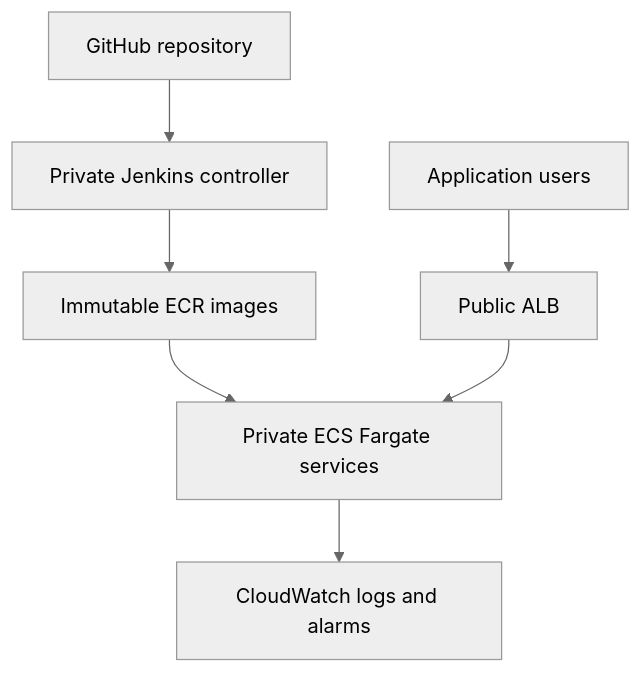
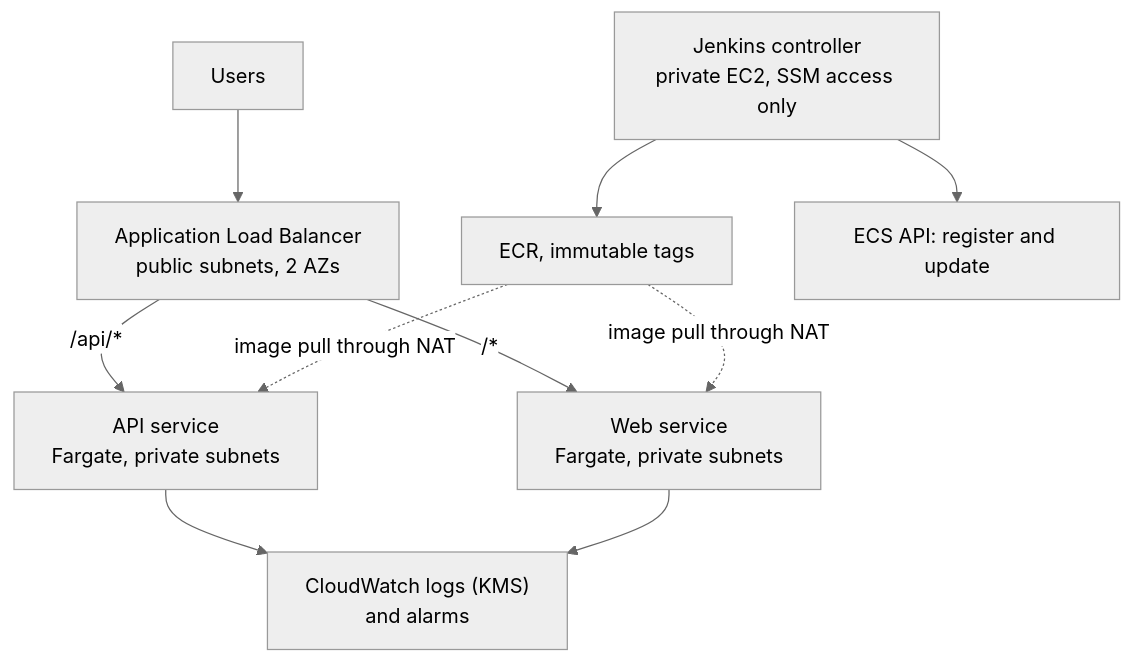
Before and after one commit to LordSesay/production-ecs-platform: the second of 2 diagrams in README.md, drawn with Mermaid (neutral theme). The commit also changed other lines of this file and 2 other files, not shown here.

````diff
--- a/README.md
+++ b/README.md
@@ -43,9 +68,12 @@
 ```mermaid
 flowchart TD
-  GH["GitHub repository"] --> J["Private Jenkins controller"]
-  J --> ECR["Immutable ECR images"]
-  ECR --> ECS["Private ECS Fargate services"]
-  Internet["Application users"] --> ALB["Public ALB"]
-  ALB --> ECS
-  ECS --> CW["CloudWatch logs and alarms"]
+  Users["Users"] --> ALB["Application Load Balancer<br/>public subnets, 2 AZs"]
+  ALB -- "/api/*" --> API["API service<br/>Fargate, private subnets"]
+  ALB -- "/*" --> WEB["Web service<br/>Fargate, private subnets"]
+  API --> CW["CloudWatch logs (KMS)<br/>and alarms"]
+  WEB --> CW
+  J["Jenkins controller<br/>private EC2, SSM access only"] --> ECR["ECR, immutable tags"]
+  J --> ECSAPI["ECS API: register and update"]
+  ECR -. "image pull through NAT" .-> API
+  ECR -. "image pull through NAT" .-> WEB
 ```
````
